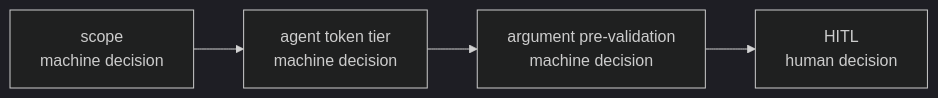
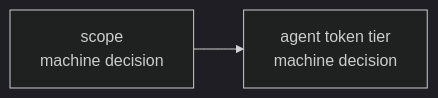
The eighth of 8 diagrams in docs/architecture.md (dinstein/agent-hub), drawn with Mermaid (dark theme) before and after one commit. The commit also changed other lines of this file and 3 other files, not shown here.

First line of the commit message:
docs: restate the access model in AGENTS.md, the READMEs and architecture

````diff
--- a/docs/architecture.md
+++ b/docs/architecture.md
@@ -373,4 +372,4 @@
 ```mermaid
 flowchart LR
-    S["scope<br/>machine decision"] --> T["agent token tier<br/>machine decision"] --> P["argument pre-validation<br/>machine decision"] --> H["HITL<br/>human decision"]
+    S["scope<br/>machine decision"] --> T["agent token tier<br/>machine decision"]
 ```
````
